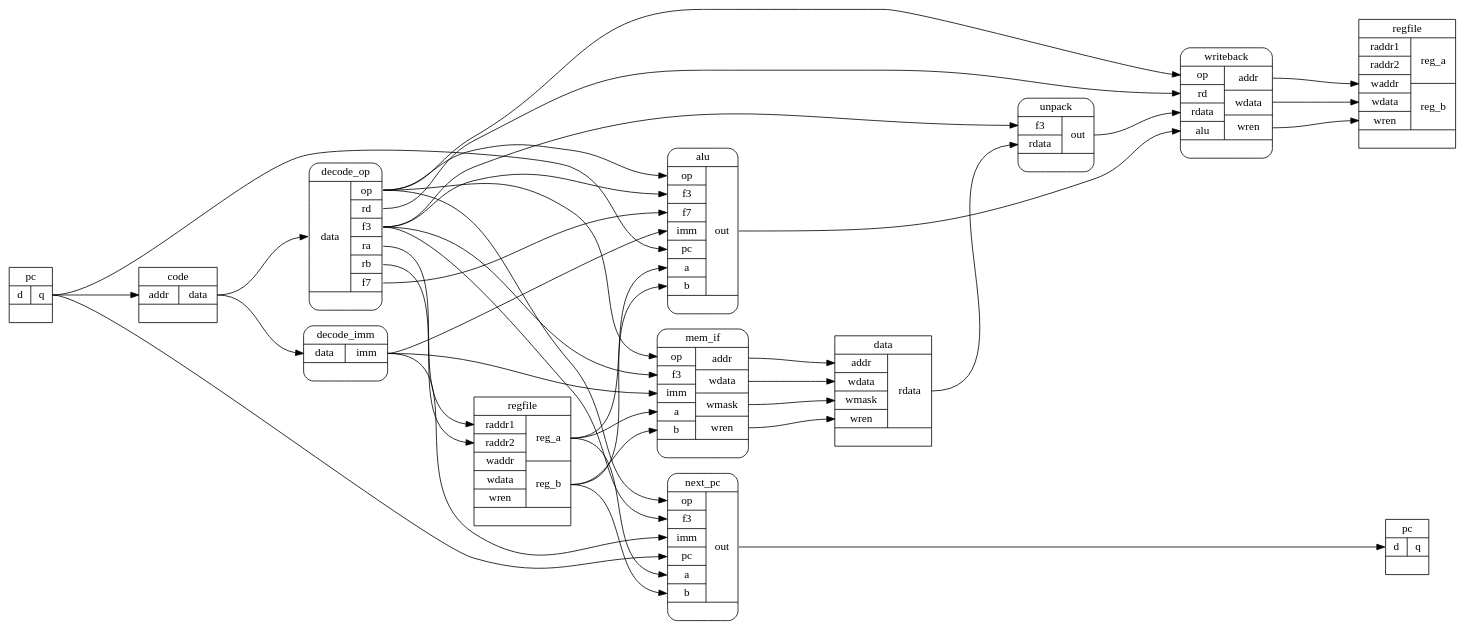
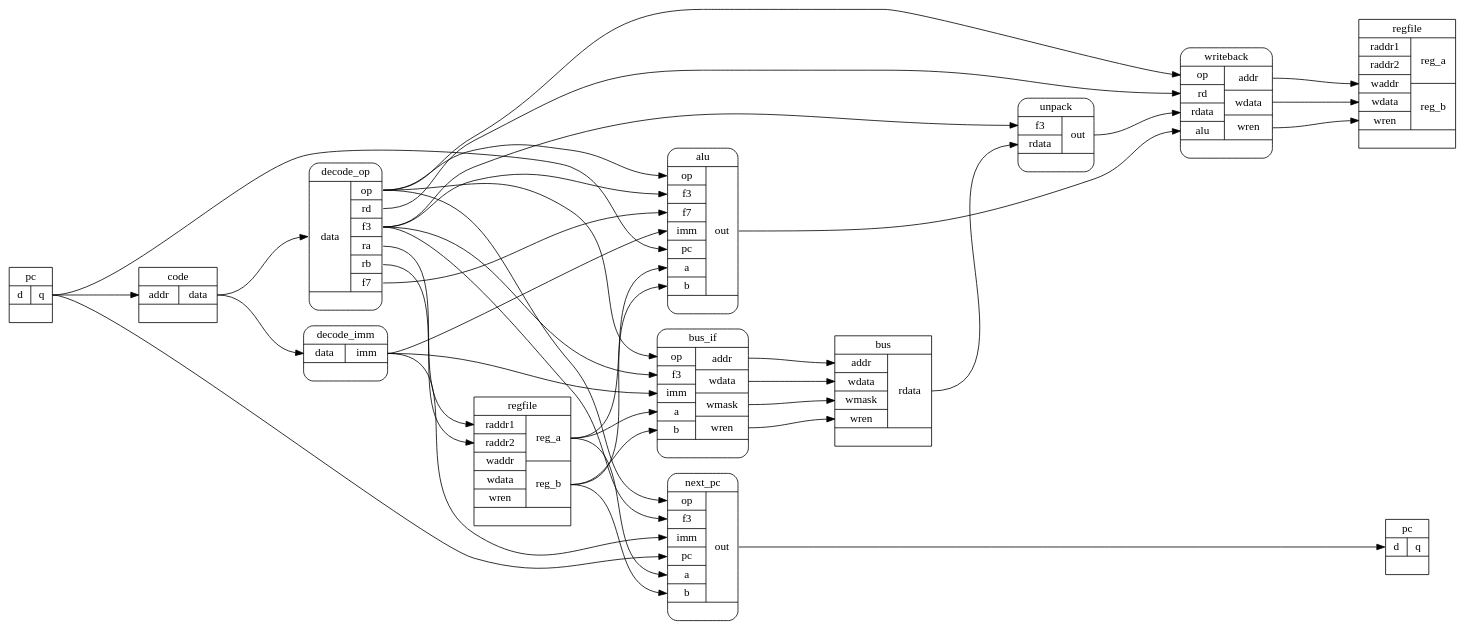
The diagram in pinwheel_diagram.dot (aappleby/pinwheel), drawn with Graphviz before and after one commit. The commit also changed 6 other files, not shown here.

```diff
--- a/pinwheel_diagram.dot
+++ b/pinwheel_diagram.dot
@@ -9,11 +9,11 @@
     pc_l [shape="record" label="<top>pc|{<d>d|<q>q}|"]
     pc_r [shape="record" label="<top>pc|{<d>d|<q>q}|"]
     code [shape="record" label="<top>code|{<addr>addr|<data>data}|"]
-    data [shape="record" label="<top>data|{{<addr>addr|<wdata>wdata|<wmask>wmask|<wren>wren}|<rdata>rdata}|"]
+    bus  [shape="record" label="<top>bus|{{<addr>addr|<wdata>wdata|<wmask>wmask|<wren>wren}|<rdata>rdata}|"]
 
     alu      [shape="Mrecord" label="alu|{{<op>op|<f3>f3|<f7>f7|<imm>imm|<pc>pc|<a>a|<b>b}|<out>out}|"]
     next_pc  [shape="Mrecord" label="<top>next_pc|{ {<op>op|<f3>f3|<imm>imm|<pc>pc|<a>a|<b>b} | <out>out }|"]
-    mem_if   [shape="Mrecord" label="<top>mem_if|{{<op>op|<f3>f3|<imm>imm|<a>a|<b>b}|{<addr>addr|<wdata>wdata|<wmask>wmask|<wren>wren}}|"]
+    bus_if   [shape="Mrecord" label="<top>bus_if|{{<op>op|<f3>f3|<imm>imm|<a>a|<b>b}|{<addr>addr|<wdata>wdata|<wmask>wmask|<wren>wren}}|"]
 
     writeback [shape="Mrecord" label="<top>writeback|{{<op>op|<rd>rd|<rdata>rdata|<alu>alu}|{<addr>addr|<wdata>wdata|<wren>wren}}|"]
 
@@ -49,9 +49,9 @@
     decode_op:op -> writeback:op
     decode_op:op -> next_pc:op
     decode_op:op -> alu:op
-    decode_op:op -> mem_if:op
+    decode_op:op -> bus_if:op
     decode_op:rd -> writeback:rd
-    decode_op:f3 -> mem_if:f3
+    decode_op:f3 -> bus_if:f3
     decode_op:f3 -> next_pc:f3
     decode_op:f3 -> alu:f3
     decode_op:f3 -> unpack:f3
@@ -59,7 +59,7 @@
     decode_op:rb -> regfile_l:raddr2
     decode_op:f7 -> alu:f7
 
-    decode_imm:imm    -> mem_if:imm
+    decode_imm:imm    -> bus_if:imm
     decode_imm:imm    -> alu:imm
     decode_imm:imm    -> next_pc:imm
 
@@ -67,20 +67,20 @@
     writeback:wdata -> regfile_r:wdata
     writeback:wren  -> regfile_r:wren
 
-    mem_if:addr  -> data:addr
-    mem_if:wdata -> data:wdata
-    mem_if:wmask -> data:wmask
-    mem_if:wren  -> data:wren
+    bus_if:addr  -> bus:addr
+    bus_if:wdata -> bus:wdata
+    bus_if:wmask -> bus:wmask
+    bus_if:wren  -> bus:wren
 
-    data:rdata -> unpack:rdata
+    bus:rdata -> unpack:rdata
 
     unpack:out -> writeback:rdata
 
     regfile_l:reg_a -> alu:a
     regfile_l:reg_b -> alu:b
 
-    regfile_l:reg_a -> mem_if:a
-    regfile_l:reg_b -> mem_if:b
+    regfile_l:reg_a -> bus_if:a
+    regfile_l:reg_b -> bus_if:b
     regfile_l:reg_a -> next_pc:a
     regfile_l:reg_b -> next_pc:b
 
```
